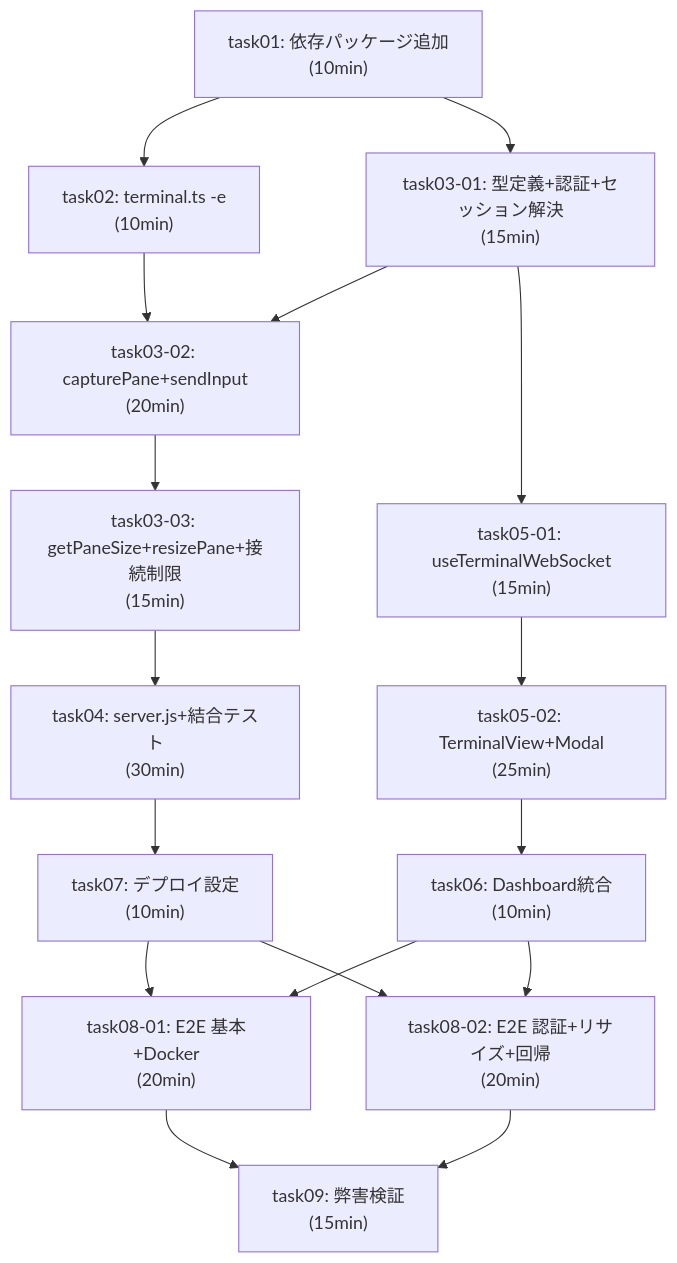
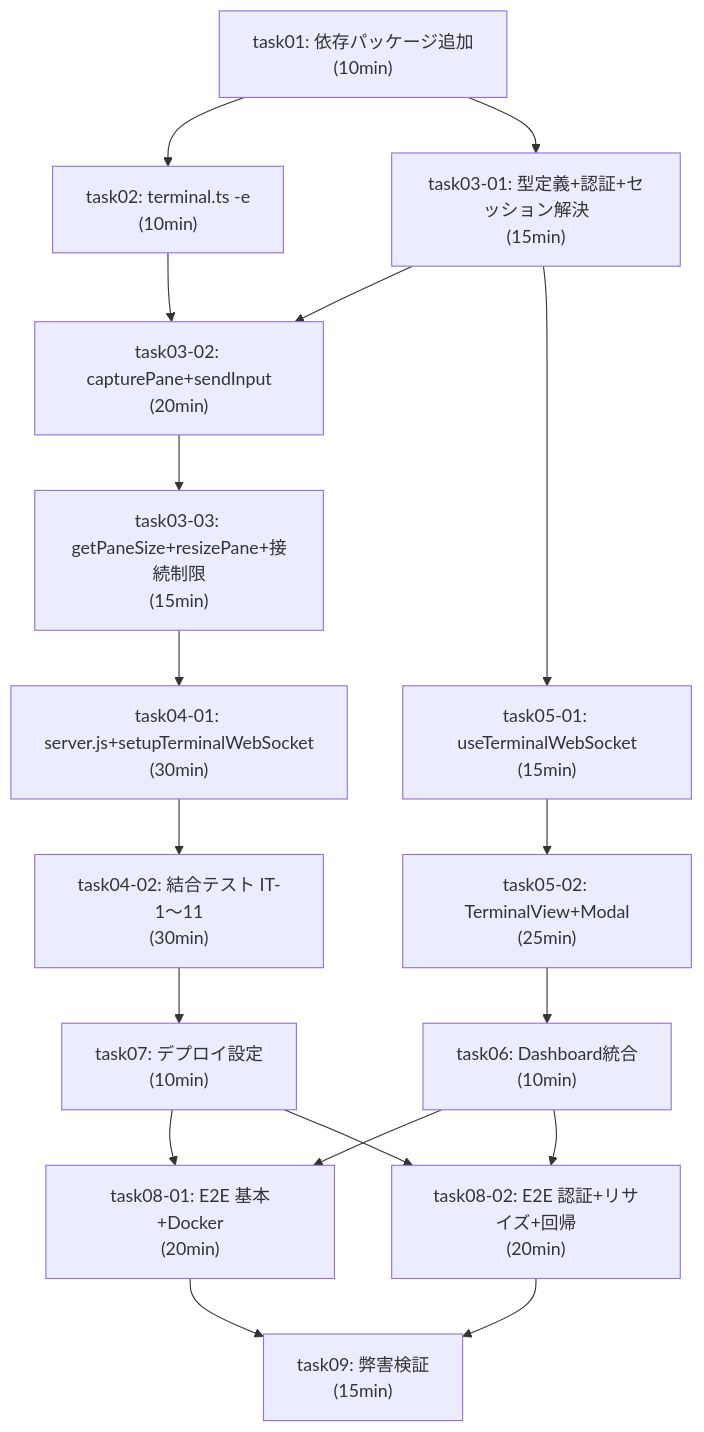
The diagram in docs/copilot-session-viewer/plan/parent-agent-prompt.md (NagasakaH/dev-process), drawn with Mermaid before and after one commit. The commit also changed other lines of this file and 11 other files, not shown here.

````diff
--- a/docs/copilot-session-viewer/plan/parent-agent-prompt.md
+++ b/docs/copilot-session-viewer/plan/parent-agent-prompt.md
@@ -50,48 +51,51 @@
 ```mermaid
 graph TD
     task01["task01: 依存パッケージ追加<br/>(10min)"]
 
     task02["task02: terminal.ts -e<br/>(10min)"]
     task03_01["task03-01: 型定義+認証+セッション解決<br/>(15min)"]
 
     task03_02["task03-02: capturePane+sendInput<br/>(20min)"]
     task05_01["task05-01: useTerminalWebSocket<br/>(15min)"]
 
     task03_03["task03-03: getPaneSize+resizePane+接続制限<br/>(15min)"]
 
-    task04["task04: server.js+結合テスト<br/>(30min)"]
+    task04_01["task04-01: server.js+setupTerminalWebSocket<br/>(30min)"]
+    task04_02["task04-02: 結合テスト IT-1〜11<br/>(30min)"]
     task05_02["task05-02: TerminalView+Modal<br/>(25min)"]
 
     task06["task06: Dashboard統合<br/>(10min)"]
     task07["task07: デプロイ設定<br/>(10min)"]
 
     task08_01["task08-01: E2E 基本+Docker<br/>(20min)"]
     task08_02["task08-02: E2E 認証+リサイズ+回帰<br/>(20min)"]
 
     task09["task09: 弊害検証<br/>(15min)"]
 
     task01 --> task02
     task01 --> task03_01
 
     task02 --> task03_02
     task03_01 --> task03_02
     task03_01 --> task05_01
 
     task03_02 --> task03_03
 
-    task03_03 --> task04
+    task03_03 --> task04_01
+
+    task04_01 --> task04_02
 
     task05_01 --> task05_02
 
     task05_02 --> task06
 
-    task04 --> task07
+    task04_02 --> task07
 
     task06 --> task08_01
     task07 --> task08_01
     task06 --> task08_02
     task07 --> task08_02
 
     task08_01 --> task09
     task08_02 --> task09
 ```
````
